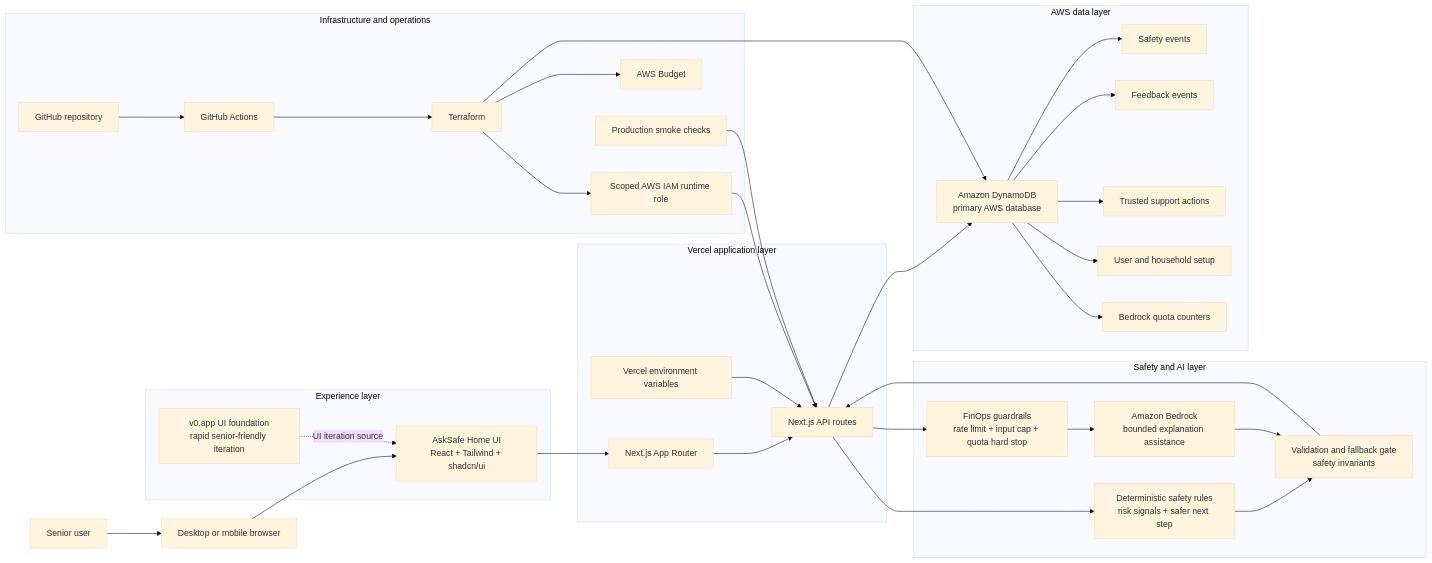
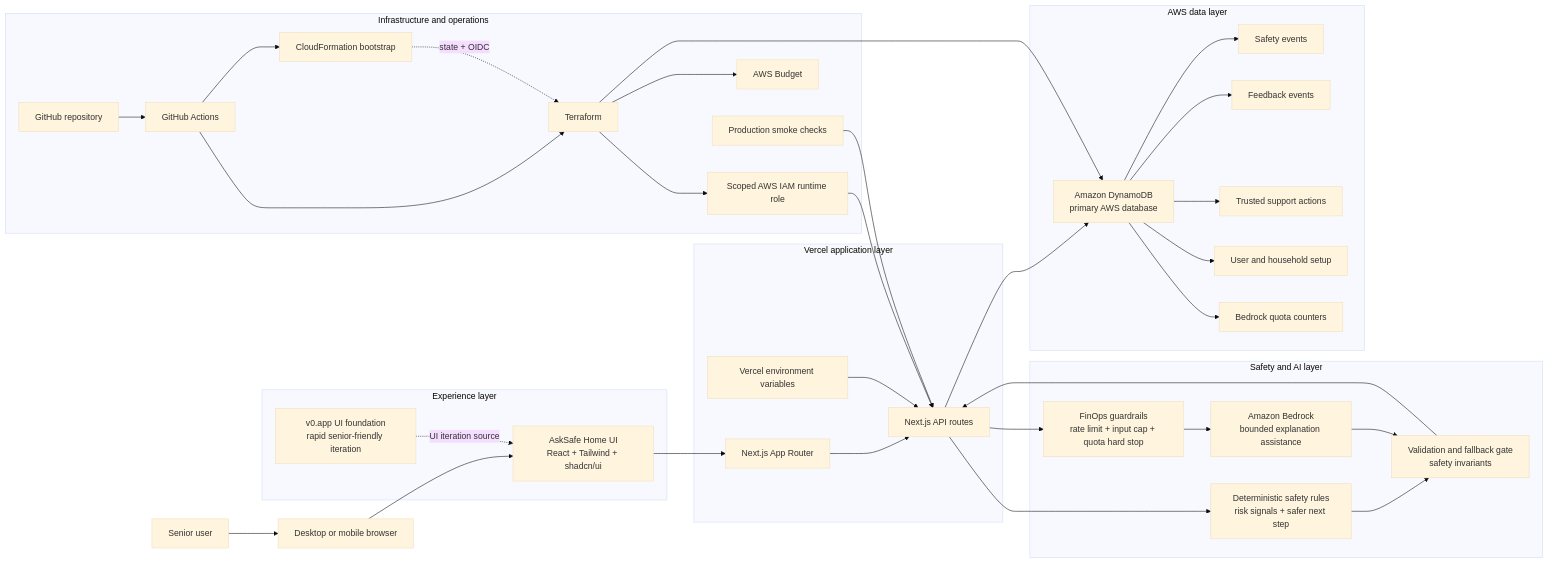
One commit to sailing-together/asksafe-home changed the diagram in docs/competition/h0-architecture-diagram.md. Above: the diagram before and after it, drawn with Mermaid (base theme). The commit also changed other lines of this file and 1 other file, not shown here.

Commit message:
P7.52 Align architecture docs with CloudFormation bootstrap

````diff
--- a/docs/competition/h0-architecture-diagram.md
+++ b/docs/competition/h0-architecture-diagram.md
@@ -47,64 +47,68 @@
 ```mermaid
 flowchart LR
   user["Senior user"]
   browser["Desktop or mobile browser"]
 
   subgraph experience["Experience layer"]
     ui["AskSafe Home UI<br/>React + Tailwind + shadcn/ui"]
     v0["v0.app UI foundation<br/>rapid senior-friendly iteration"]
   end
 
   subgraph vercel["Vercel application layer"]
     next["Next.js App Router"]
     api["Next.js API routes"]
     env["Vercel environment variables"]
   end
 
   subgraph safety["Safety and AI layer"]
     rules["Deterministic safety rules<br/>risk signals + safer next step"]
     bedrock["Amazon Bedrock<br/>bounded explanation assistance"]
     validation["Validation and fallback gate<br/>safety invariants"]
     finops["FinOps guardrails<br/>rate limit + input cap + quota hard stop"]
   end
 
   subgraph data["AWS data layer"]
     dynamodb["Amazon DynamoDB<br/>primary AWS database"]
     events["Safety events"]
     feedback["Feedback events"]
     support["Trusted support actions"]
     setup["User and household setup"]
     quota["Bedrock quota counters"]
   end
 
   subgraph delivery["Infrastructure and operations"]
     github["GitHub repository"]
     actions["GitHub Actions"]
+    cloudformation["CloudFormation bootstrap"]
     terraform["Terraform"]
     iam["Scoped AWS IAM runtime role"]
     budget["AWS Budget"]
     smoke["Production smoke checks"]
   end
 
   user --> browser --> ui
   v0 -. "UI iteration source" .-> ui
   ui --> next --> api
   env --> api
   api --> rules
   rules --> validation
   api --> finops
   finops --> bedrock
   bedrock --> validation
   validation --> api
   api --> dynamodb
   dynamodb --> events
   dynamodb --> feedback
   dynamodb --> support
   dynamodb --> setup
   dynamodb --> quota
-  github --> actions --> terraform
+  github --> actions
+  actions --> cloudformation
+  actions --> terraform
+  cloudformation -. "state + OIDC" .-> terraform
   terraform --> dynamodb
   terraform --> iam
   terraform --> budget
   iam --> api
   smoke --> api
 ```
````
